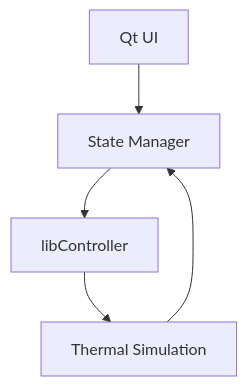
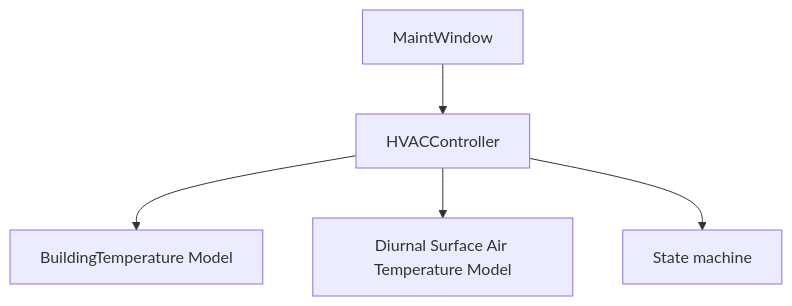
The first of 2 diagrams in doc/Design.md (loumcnamee/state_controller), drawn with Mermaid before and after one commit. The commit also changed other lines of this file and 1 other file, not shown here.

Commit message:
Add prompt that generated sequence diagram

````diff
--- a/doc/Design.md
+++ b/doc/Design.md
@@ -20,7 +20,7 @@
 ```mermaid
 graph TD
-    A[Qt UI] --> B[State Manager]
-    B --> C[libController]
-    C --> D[Thermal Simulation]
-    D --> B
+    A[MaintWindow] --> B[HVACController]
+    B --> C[BuildingTemperature Model]
+    B --> D[Diurnal Surface Air Temperature Model]
+    B --> E[State machine]
 ```
````
